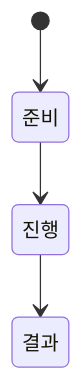
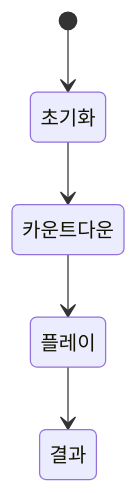
One commit to Searabbit11/portfolio changed the second of 2 diagrams in src/4-ar-room/기술문서.md. Above: the diagram before and after it, drawn with Mermaid. The commit also changed other lines of this file and 2 other files, not shown here.

````diff
--- a/src/4-ar-room/기술문서.md
+++ b/src/4-ar-room/기술문서.md
@@ -43,9 +51,11 @@
 ```mermaid
 stateDiagram-v2
-    state "준비" as Ready
-    state "진행" as Play
+    state "초기화" as Initialize
+    state "카운트다운" as Countdown
+    state "플레이" as Play
     state "결과" as Result
-    [*] --> Ready
-    Ready --> Play
+    [*] --> Initialize
+    Initialize --> Countdown
+    Countdown --> Play
     Play --> Result
 ```
````
